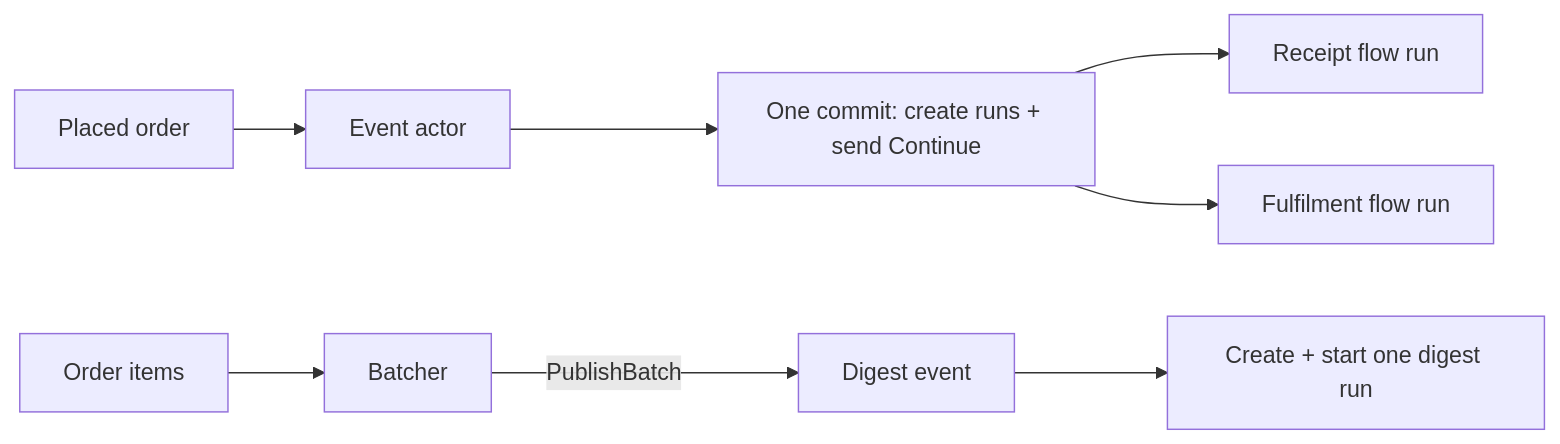
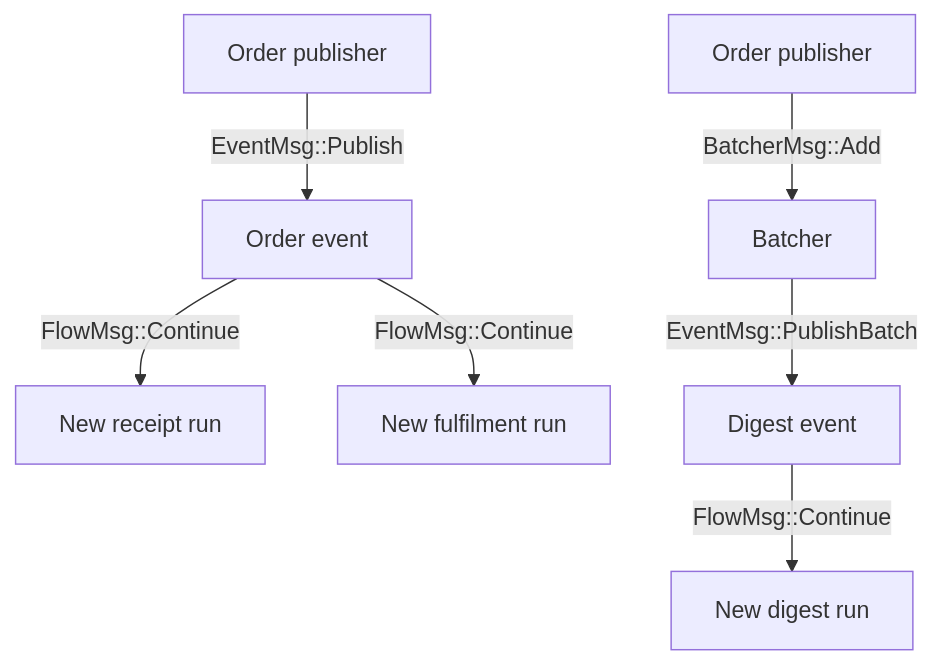
The fifth of 5 diagrams in docs/guide/actors.md (helico-tech/cicada.rs), drawn with Mermaid before and after one commit. The commit also changed other lines of this file and 2 other files, not shown here.

Commit message:
docs: name messages on every actor diagram

````diff
--- a/docs/guide/actors.md
+++ b/docs/guide/actors.md
@@ -355,10 +376,9 @@
 ```mermaid
-flowchart LR
-    order["Placed order"] --> event["Event actor"]
-    event --> tx["One commit: create runs + send Continue"]
-    tx --> receipt["Receipt flow run"]
-    tx --> fulfil["Fulfilment flow run"]
-    orders["Order items"] --> batcher["Batcher"]
-    batcher -->|PublishBatch| digestEvent["Digest event"]
-    digestEvent --> digest["Create + start one digest run"]
+flowchart TD
+    order["Order publisher"] -->|"EventMsg::Publish"| event["Order event"]
+    event -->|FlowMsg::Continue| receipt["New receipt run"]
+    event -->|FlowMsg::Continue| fulfil["New fulfilment run"]
+    orders["Order publisher"] -->|BatcherMsg::Add| batcher["Batcher"]
+    batcher -->|EventMsg::PublishBatch| digestEvent["Digest event"]
+    digestEvent -->|FlowMsg::Continue| digest["New digest run"]
 ```
````
